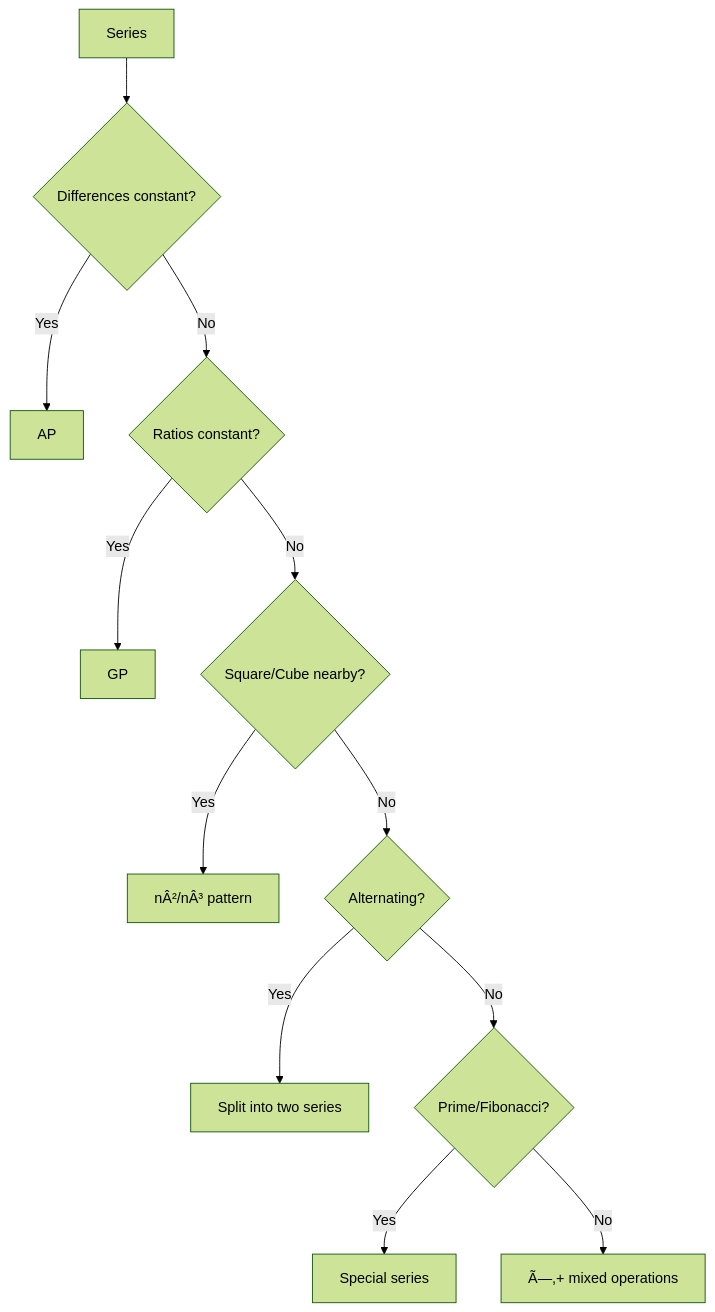
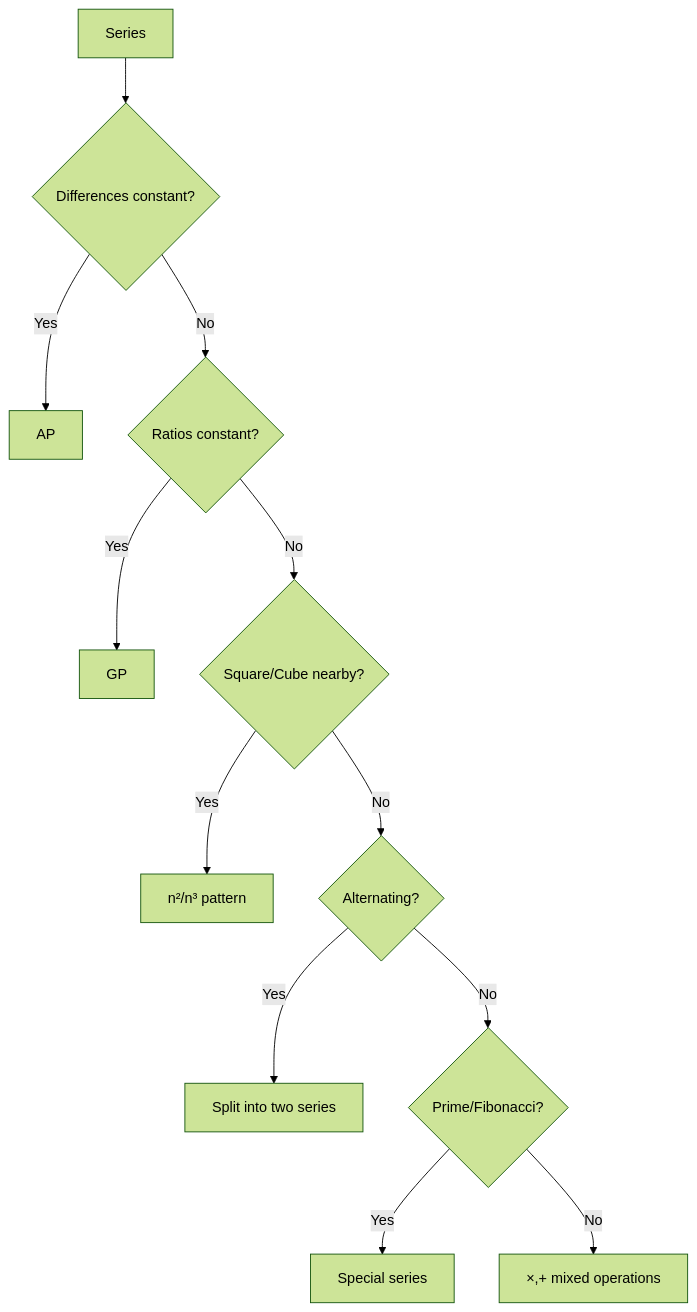
The fourth of 6 diagrams in docs/courses/quantitative-aptitude/04-number-series.md (Raushan666java/ai-engineering-journey), drawn with Mermaid (forest theme) before and after one commit. The commit also changed other lines of this file and 965 other files, not shown here.

````diff
--- a/docs/courses/quantitative-aptitude/04-number-series.md
+++ b/docs/courses/quantitative-aptitude/04-number-series.md
@@ -512,14 +512,14 @@
 ```mermaid
 flowchart TD
     A["Series"] --> B{Differences constant?}
     B -->|Yes| C["AP"]
     B -->|No| D{Ratios constant?}
     D -->|Yes| E["GP"]
     D -->|No| F{Square/Cube nearby?}
-    F -->|Yes| G["nÂ²/nÂ³ pattern"]
+    F -->|Yes| G["n²/n³ pattern"]
     F -->|No| H{Alternating?}
     H -->|Yes| I["Split into two series"]
     H -->|No| J{Prime/Fibonacci?}
     J -->|Yes| K["Special series"]
-    J -->|No| L["Ã—,+ mixed operations"]
+    J -->|No| L["×,+ mixed operations"]
 ```
````
